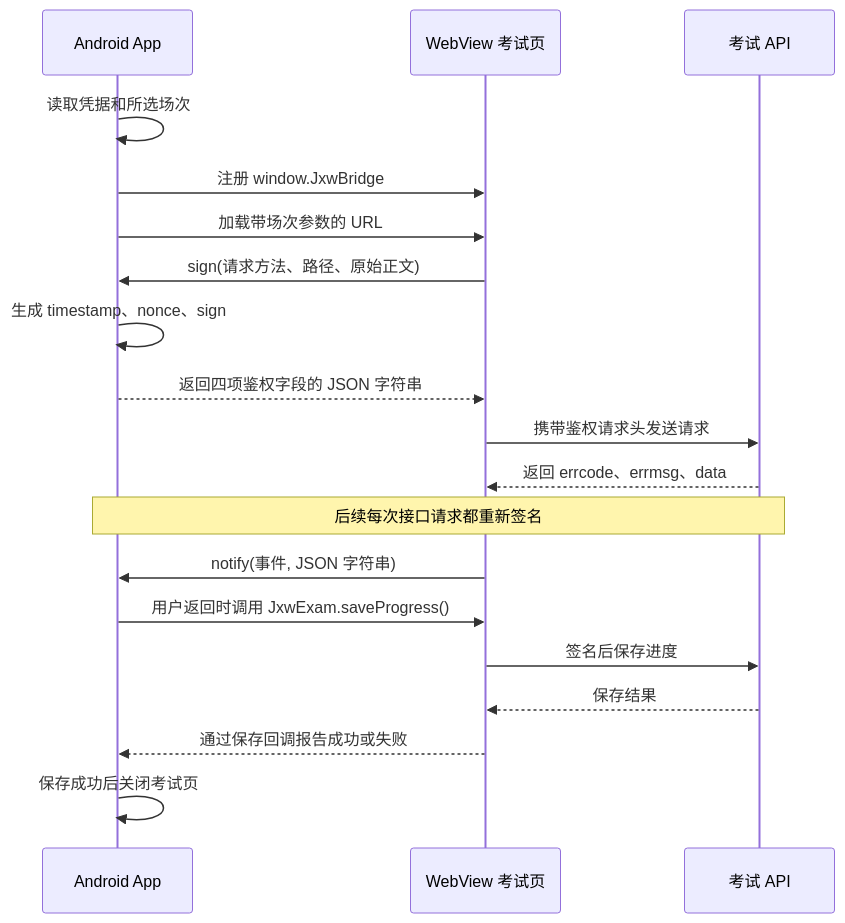
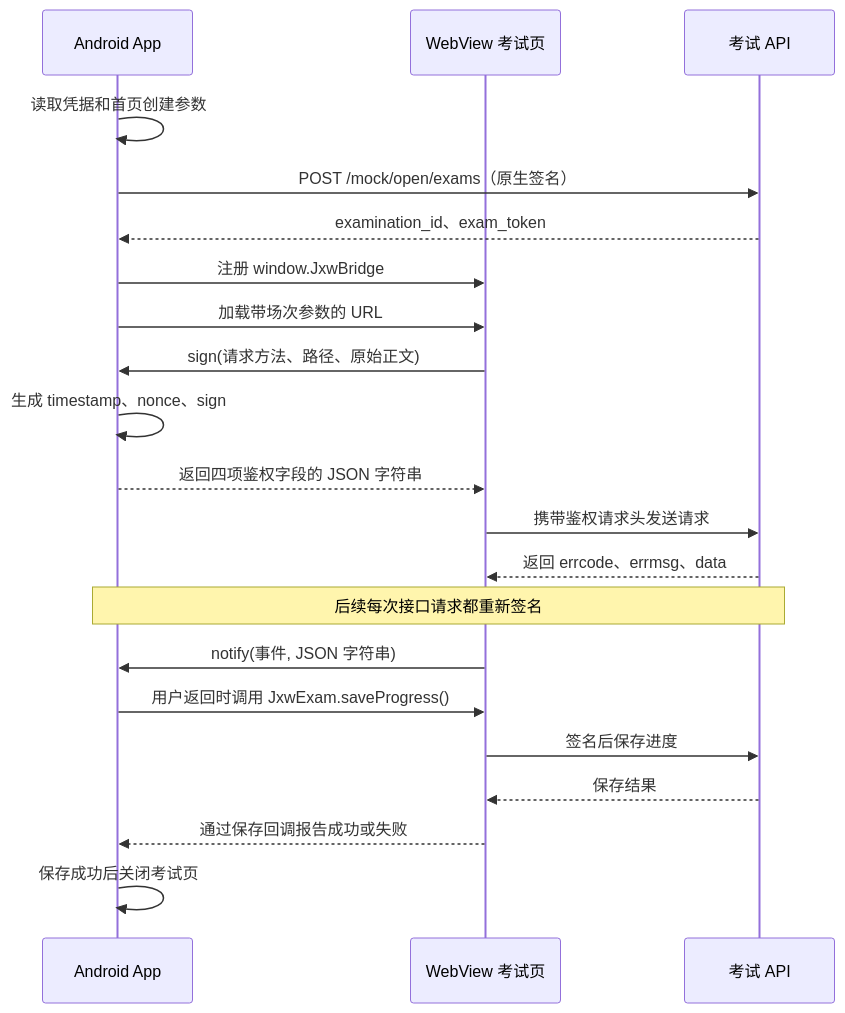
The diagram in docs/native-bridge-development.md (IanLi2026/nine_scholars_king_test), drawn with Mermaid before and after one commit. The commit also changed other lines of this file and 12 other files, not shown here.

Commit message:
feat: integrate exam creation and API queries into home screen

````diff
--- a/docs/native-bridge-development.md
+++ b/docs/native-bridge-development.md
@@ -24,21 +24,23 @@
 ```mermaid
 sequenceDiagram
     participant App as Android App
     participant H5 as WebView 考试页
     participant API as 考试 API
-    App->>App: 读取凭据和所选场次
+    App->>App: 读取凭据和首页创建参数
+    App->>API: POST /mock/open/exams（原生签名）
+    API-->>App: examination_id、exam_token
     App->>H5: 注册 window.JxwBridge
     App->>H5: 加载带场次参数的 URL
     H5->>App: sign(请求方法、路径、原始正文)
     App->>App: 生成 timestamp、nonce、sign
     App-->>H5: 返回四项鉴权字段的 JSON 字符串
     H5->>API: 携带鉴权请求头发送请求
     API-->>H5: 返回 errcode、errmsg、data
     Note over App,API: 后续每次接口请求都重新签名
     H5->>App: notify(事件, JSON 字符串)
     App->>H5: 用户返回时调用 JxwExam.saveProgress()
     H5->>API: 签名后保存进度
     API-->>H5: 保存结果
     H5-->>App: 通过保存回调报告成功或失败
     App->>App: 保存成功后关闭考试页
 ```
````
